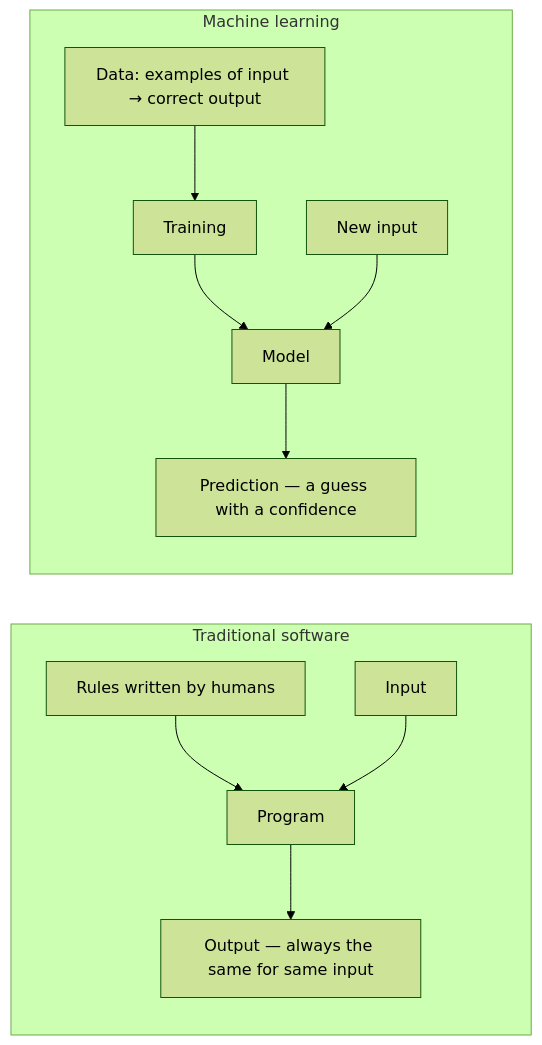
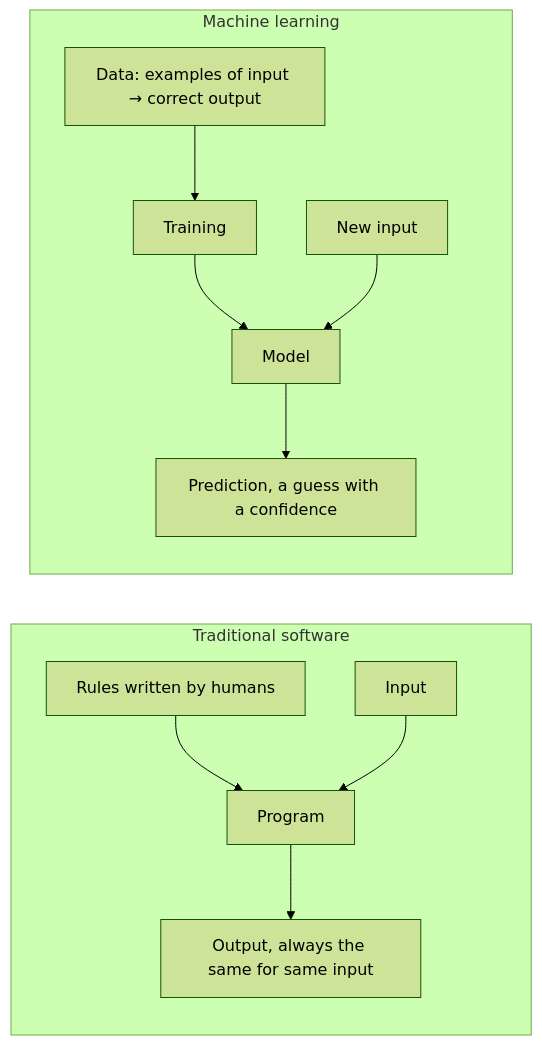
The first of 3 diagrams in 01-foundations/ml-fundamentals.md (sugirdadinakar/AI-for-Product-Managers), drawn with Mermaid (forest theme) before and after one commit. The commit also changed other lines of this file and 59 other files, not shown here.

````diff
--- a/01-foundations/ml-fundamentals.md
+++ b/01-foundations/ml-fundamentals.md
@@ -9,11 +9,11 @@
 ```mermaid
 flowchart LR
     subgraph Classic["Traditional software"]
         R[Rules written by humans] --> P1[Program]
-        I1[Input] --> P1 --> O1[Output — always the same for same input]
+        I1[Input] --> P1 --> O1[Output, always the same for same input]
     end
     subgraph ML["Machine learning"]
         D[Data: examples of input → correct output] --> T[Training] --> M[Model]
-        I2[New input] --> M --> O2[Prediction — a guess with a confidence]
+        I2[New input] --> M --> O2[Prediction, a guess with a confidence]
     end
 ```
````
